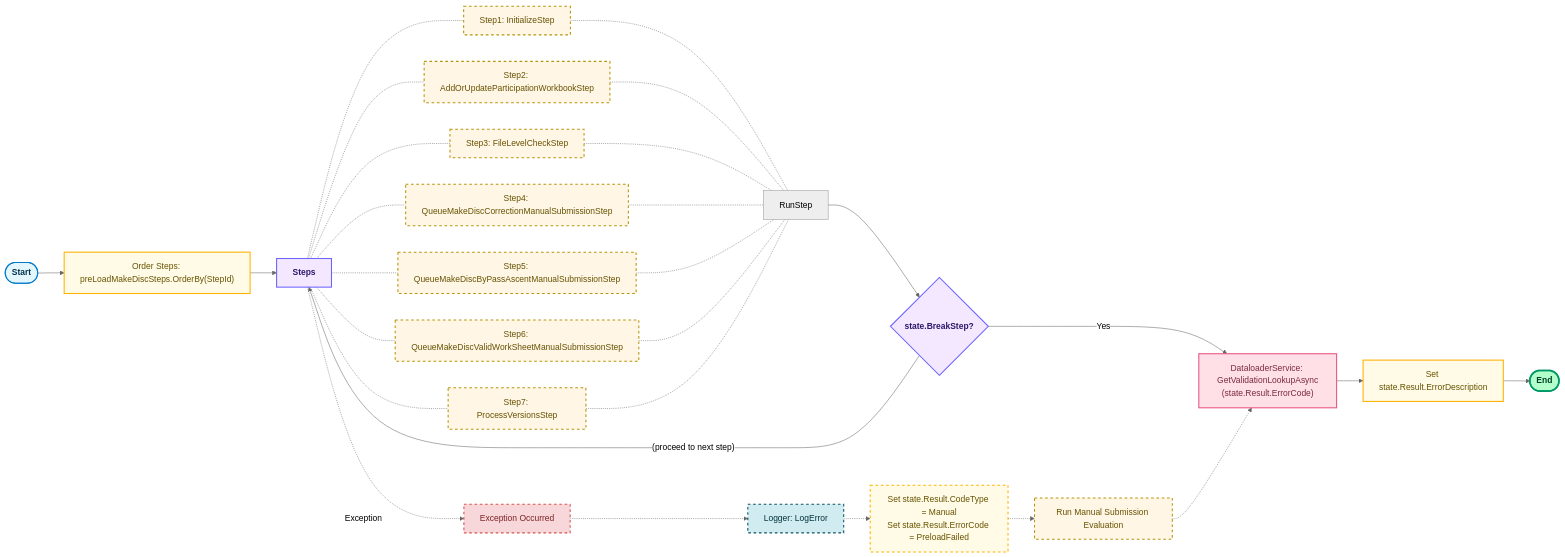
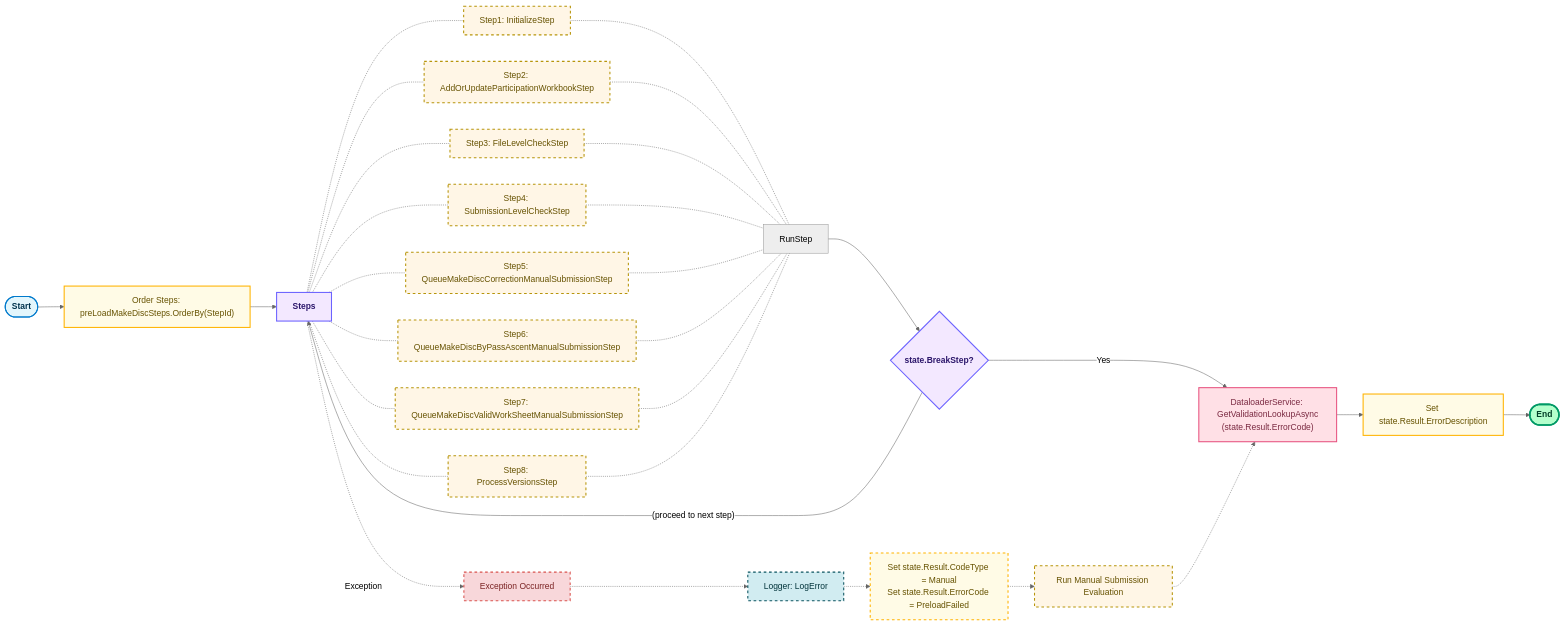
The diagram in projects/ds.jobqueue/services/preload-dsw-services/preload-makedisk-steps/2.1. ExplicitPreLoadMakeDiscStepsProcessorFlowchart.mmd (ron-almighty-wtw/Code2Flow), drawn with Mermaid (neutral theme) before and after one commit. The commit also changed 2 other files, not shown here.

Commit message:
update jobqueue and gds.services flowcharts

```diff
--- a/projects/ds.jobqueue/services/preload-dsw-services/preload-makedisk-steps/2.1. ExplicitPreLoadMakeDiscStepsProcessorFlowchart.mmd
+++ b/projects/ds.jobqueue/services/preload-dsw-services/preload-makedisk-steps/2.1. ExplicitPreLoadMakeDiscStepsProcessorFlowchart.mmd
@@ -1,67 +1,70 @@
 flowchart LR
     %% Nodes
     Start(["Start"]):::start
     OrderSteps["Order Steps: preLoadMakeDiscSteps.OrderBy(StepId)"]:::action
     StepsTB["Steps"]:::stepslist
     Step1["Step1: InitializeStep"]:::step
     Step2["Step2: AddOrUpdateParticipationWorkbookStep"]:::step
     Step3["Step3: FileLevelCheckStep"]:::step
-    Step4["Step4: QueueMakeDiscCorrectionManualSubmissionStep"]:::step
-    Step5["Step5: QueueMakeDiscByPassAscentManualSubmissionStep"]:::step
-    Step6["Step6: QueueMakeDiscValidWorkSheetManualSubmissionStep"]:::step
-    Step7["Step7: ProcessVersionsStep"]:::step
+    Step4["Step4: SubmissionLevelCheckStep"]:::step
+    Step5["Step5: QueueMakeDiscCorrectionManualSubmissionStep"]:::step
+    Step6["Step6: QueueMakeDiscByPassAscentManualSubmissionStep"]:::step
+    Step7["Step7: QueueMakeDiscValidWorkSheetManualSubmissionStep"]:::step
+    Step8["Step8: ProcessVersionsStep"]:::step
     RunStep["RunStep"]:::runStep
     End(["End"]):::endfinal
     Exception["Exception Occurred"]:::exception
     LogError["Logger: LogError"]:::logger
     SetManual["Set state.Result.CodeType = Manual\nSet state.Result.ErrorCode = PreloadFailed"]:::manual
     RunManualStep["Run Manual Submission Evaluation"]:::step
     GetValidation["DataloaderService: GetValidationLookupAsync\n(state.Result.ErrorCode)"]:::service
     SetErrorDesc["Set state.Result.ErrorDescription"]:::action
 
     %% Main flow
     Start --> OrderSteps --> StepsTB
     StepsTB -.- Step1
     StepsTB -.- Step2
     StepsTB -.- Step3
     StepsTB -.- Step4
     StepsTB -.- Step5
     StepsTB -.- Step6
     StepsTB -.- Step7
+    StepsTB -.- Step8
     Step1 -.- RunStep
     Step2 -.- RunStep
     Step3 -.- RunStep
     Step4 -.- RunStep
     Step5 -.- RunStep
     Step6 -.- RunStep
     Step7 -.- RunStep
+    Step8 -.- RunStep
     
     RunStep --> BreakStep    
     BreakStep{state.BreakStep?}:::decision
     BreakStep -- Yes --> GetValidation
     BreakStep -- (proceed to next step) --> StepsTB
     GetValidation --> SetErrorDesc --> End
 
     %% Exception flow
     StepsTB -.->|Exception| Exception
     Exception -.-> LogError -.-> SetManual -.-> RunManualStep -.-> GetValidation
 
     %% Styling (readable text)
     classDef start fill:#e3f6fc,stroke:#007acc,stroke-width:2px,color:#00334d,font-weight:bold;
     classDef endfinal fill:#b3ffcc,stroke:#009966,stroke-width:3px,color:#003d26,font-weight:bold;
     classDef action fill:#fffbe6,stroke:#ffb300,stroke-width:2px,color:#665200;
     classDef stepslist fill:#f3e8ff,stroke:#6c63ff,stroke-width:2px,color:#2d186c,font-weight:bold;
     classDef step fill:#fff6e6,stroke:#b7950b,stroke-width:2px,stroke-dasharray: 5 5,color:#665200;
     classDef service fill:#ffe0e6,stroke:#e75480,stroke-width:2px,color:#7a2941;
     classDef decision fill:#f3e8ff,stroke:#6c63ff,stroke-width:2px,color:#2d186c,font-weight:bold;
     classDef exception fill:#f8d7da,stroke:#d9534f,stroke-width:2px,stroke-dasharray: 5 5,color:#7a2323;
     classDef logger fill:#d1ecf1,stroke:#0c5460,stroke-width:2px,stroke-dasharray: 5 5,color:#00333a;
     classDef manual fill:#fbeee6,stroke:#e67e22,stroke-width:2px,stroke-dasharray: 5 5,color:#7a4a0a;
     class Start start;
     class End endfinal;
     class OrderSteps,SetErrorDesc,SetManual action;
     class StepsTB stepslist;
-    class Step1,Step2,Step3,Step4,RunManualStep step;
+    class Step1,Step2,Step3,Step4,Step5,Step6,Step7,Step8,RunManualStep step;
     class GetValidation service;
     class Exception exception;
     class LogError logger;
```
